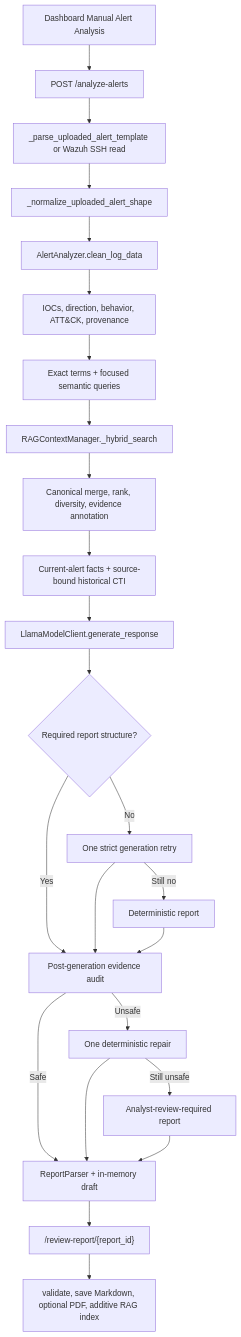
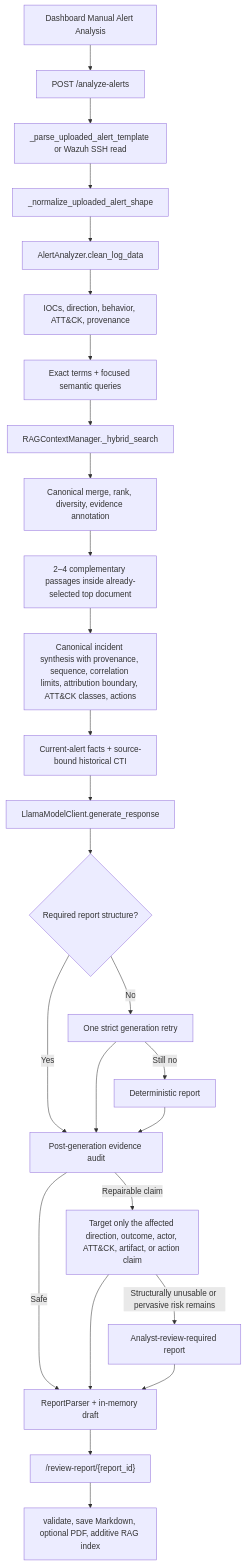
One commit to Vic1109/ICT2114_Team5 changed the second of 2 diagrams in docs/rag-architecture.md. Above: the diagram before and after it, drawn with Mermaid. The commit also changed other lines of this file and 9 other files, not shown here.

````diff
--- a/docs/rag-architecture.md
+++ b/docs/rag-architecture.md
@@ -207,26 +207,28 @@
 ```mermaid
 flowchart TD
     PAGE["Dashboard Manual Alert Analysis"] --> POST["POST /analyze-alerts"]
     POST --> PARSE["_parse_uploaded_alert_template or Wazuh SSH read"]
     PARSE --> NORMALIZE["_normalize_uploaded_alert_shape"]
     NORMALIZE --> CLEAN["AlertAnalyzer.clean_log_data"]
     CLEAN --> EVIDENCE["IOCs, direction, behavior, ATT&CK, provenance"]
     EVIDENCE --> TERMS["Exact terms + focused semantic queries"]
     TERMS --> HYBRID["RAGContextManager._hybrid_search"]
     HYBRID --> RANK["Canonical merge, rank, diversity, evidence annotation"]
-    RANK --> BOUNDARY["Current-alert facts + source-bound historical CTI"]
+    RANK --> EXPAND["2–4 complementary passages inside already-selected top document"]
+    EXPAND --> SYNTHESIS["Canonical incident synthesis with provenance, sequence, correlation limits, attribution boundary, ATT&CK classes, actions"]
+    SYNTHESIS --> BOUNDARY["Current-alert facts + source-bound historical CTI"]
     BOUNDARY --> QWEN["LlamaModelClient.generate_response"]
     QWEN --> STRUCTURE{"Required report structure?"}
     STRUCTURE -->|No| RETRY["One strict generation retry"]
     RETRY -->|Still no| FALLBACK["Deterministic report"]
     STRUCTURE -->|Yes| CLAIMS["Post-generation evidence audit"]
     RETRY --> CLAIMS
     FALLBACK --> CLAIMS
-    CLAIMS -->|Unsafe| REPAIR["One deterministic repair"]
-    REPAIR -->|Still unsafe| CLOSED["Analyst-review-required report"]
+    CLAIMS -->|Repairable claim| REPAIR["Target only the affected direction, outcome, actor, ATT&CK, artifact, or action claim"]
+    REPAIR -->|Structurally unusable or pervasive risk remains| CLOSED["Analyst-review-required report"]
     CLAIMS -->|Safe| DRAFT["ReportParser + in-memory draft"]
     REPAIR --> DRAFT
     CLOSED --> DRAFT
     DRAFT --> REVIEW["/review-report/{report_id}"]
     REVIEW --> APPROVE["validate, save Markdown, optional PDF, additive RAG index"]
 ```
````
